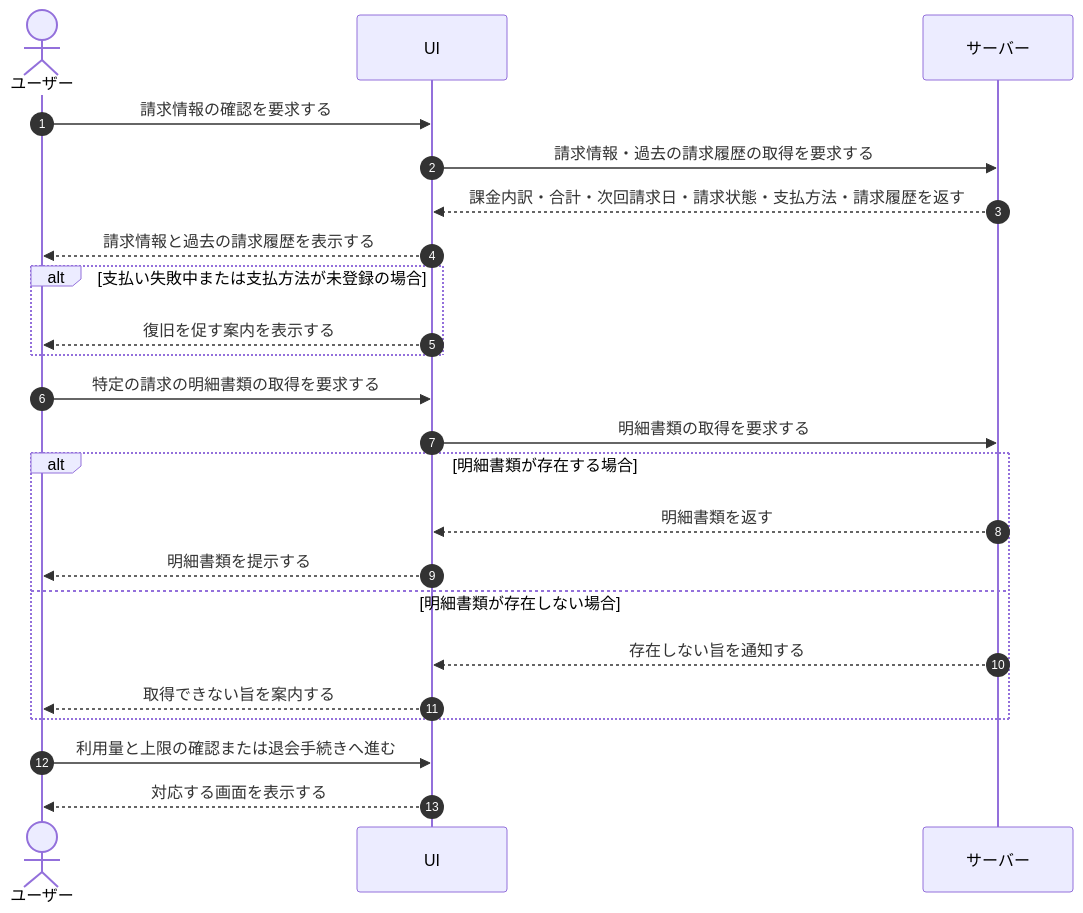
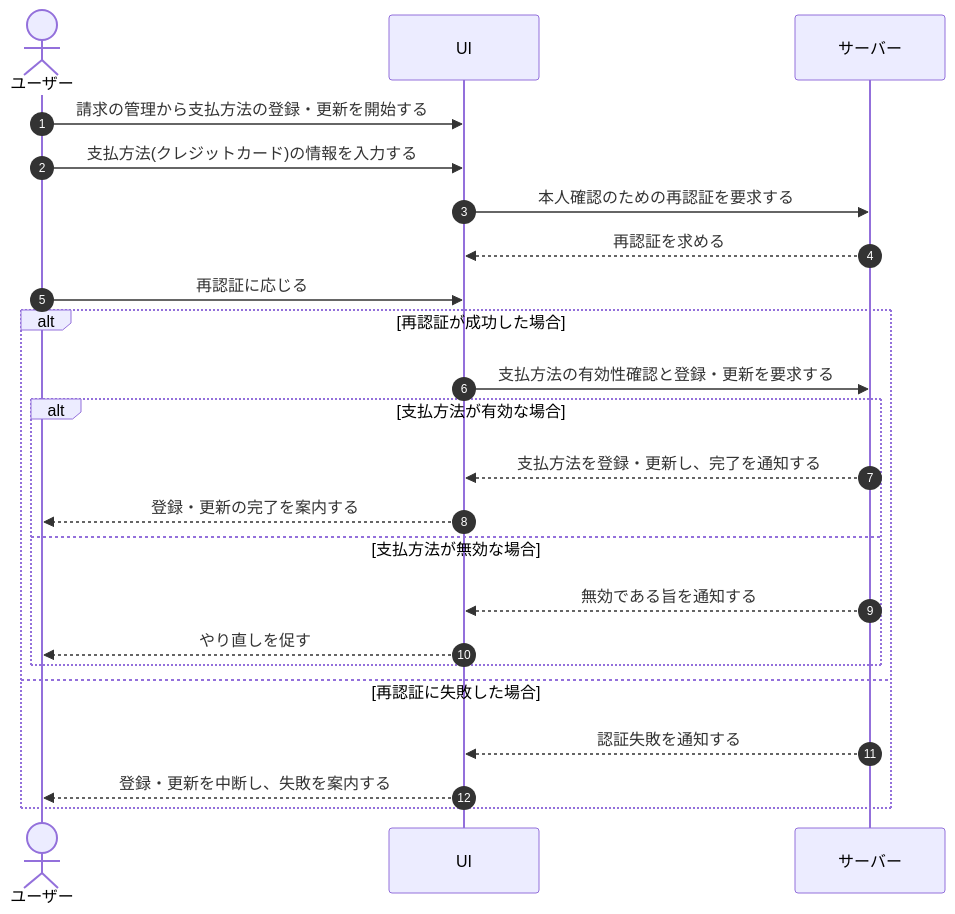
One commit to sikakou54/open-faq changed the diagram in 01_requirements/04_business_usecases/UC-037.md. Above: the diagram before and after it, drawn with Mermaid. The commit also changed other lines of this file and 395 other files, not shown here.

````diff
--- a/01_requirements/04_business_usecases/UC-037.md
+++ b/01_requirements/04_business_usecases/UC-037.md
@@ -26,26 +25,26 @@
 ```mermaid
 sequenceDiagram
   autonumber
   actor U as ユーザー
   participant UI as UI
   participant S as サーバー
 
-  U->>UI: 請求情報の確認を要求する
-  UI->>S: 請求情報・過去の請求履歴の取得を要求する
-  S-->>UI: 課金内訳・合計・次回請求日・請求状態・支払方法・請求履歴を返す
-  UI-->>U: 請求情報と過去の請求履歴を表示する
-  alt 支払い失敗中または支払方法が未登録の場合
-    UI-->>U: 復旧を促す案内を表示する
+  U->>UI: 請求の管理から支払方法の登録・更新を開始する
+  U->>UI: 支払方法(クレジットカード)の情報を入力する
+  UI->>S: 本人確認のための再認証を要求する
+  S-->>UI: 再認証を求める
+  U->>UI: 再認証に応じる
+  alt 再認証が成功した場合
+    UI->>S: 支払方法の有効性確認と登録・更新を要求する
+    alt 支払方法が有効な場合
+      S-->>UI: 支払方法を登録・更新し、完了を通知する
+      UI-->>U: 登録・更新の完了を案内する
+    else 支払方法が無効な場合
+      S-->>UI: 無効である旨を通知する
+      UI-->>U: やり直しを促す
+    end
+  else 再認証に失敗した場合
+    S-->>UI: 認証失敗を通知する
+    UI-->>U: 登録・更新を中断し、失敗を案内する
   end
-  U->>UI: 特定の請求の明細書類の取得を要求する
-  UI->>S: 明細書類の取得を要求する
-  alt 明細書類が存在する場合
-    S-->>UI: 明細書類を返す
-    UI-->>U: 明細書類を提示する
-  else 明細書類が存在しない場合
-    S-->>UI: 存在しない旨を通知する
-    UI-->>U: 取得できない旨を案内する
-  end
-  U->>UI: 利用量と上限の確認または退会手続きへ進む
-  UI-->>U: 対応する画面を表示する
 ```
````
